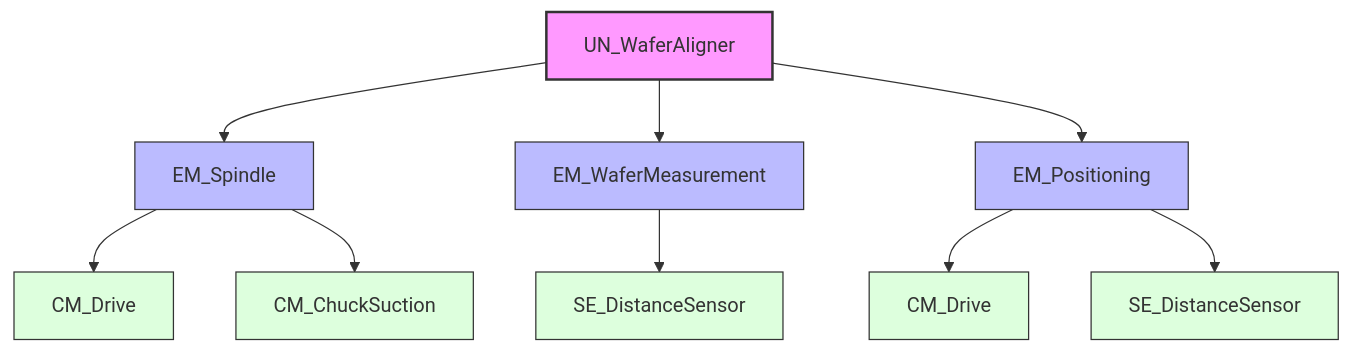
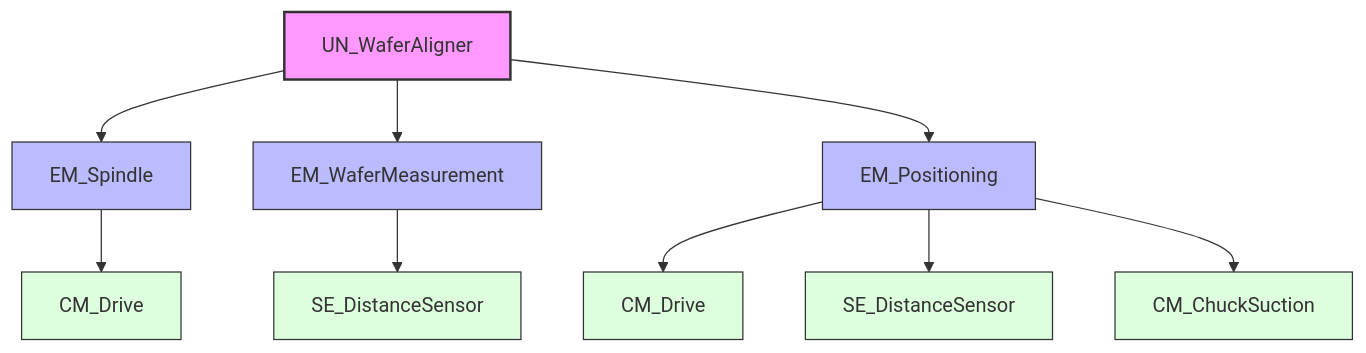
The first of 6 diagrams in Digital Twin/Wafer Aligner.md (DaanGr/DIT7-Wafer-Aligner), drawn with Mermaid before and after one commit. The commit also changed other lines of this file and 66 other files, not shown here.

````diff
--- a/Digital Twin/Wafer Aligner.md
+++ b/Digital Twin/Wafer Aligner.md
@@ -14,22 +27,22 @@
 ```mermaid
 graph TD
     UN[UN_WaferAligner] --> EM_S[EM_Spindle]
     UN --> EM_M[EM_WaferMeasurement]
     UN --> EM_P[EM_Positioning]
     
     EM_S --> CM_D1[CM_Drive]
-    EM_S --> CM_V[CM_ChuckSuction]
     
     EM_M --> SE_D1[SE_DistanceSensor]
     
     EM_P --> CM_D2[CM_Drive]
     EM_P --> SE_D2[SE_DistanceSensor]
+    EM_P --> CM_V[CM_ChuckSuction]
     
     classDef unit fill:#f9f,stroke:#333,stroke-width:2px;
     classDef em fill:#bbf,stroke:#333,stroke-width:1px;
     classDef cm fill:#dfd,stroke:#333,stroke-width:1px;
     
     class UN unit;
     class EM_S,EM_M,EM_P em;
     class CM_D1,CM_D2,CM_V,SE_D1,SE_D2 cm;
 ```
````
